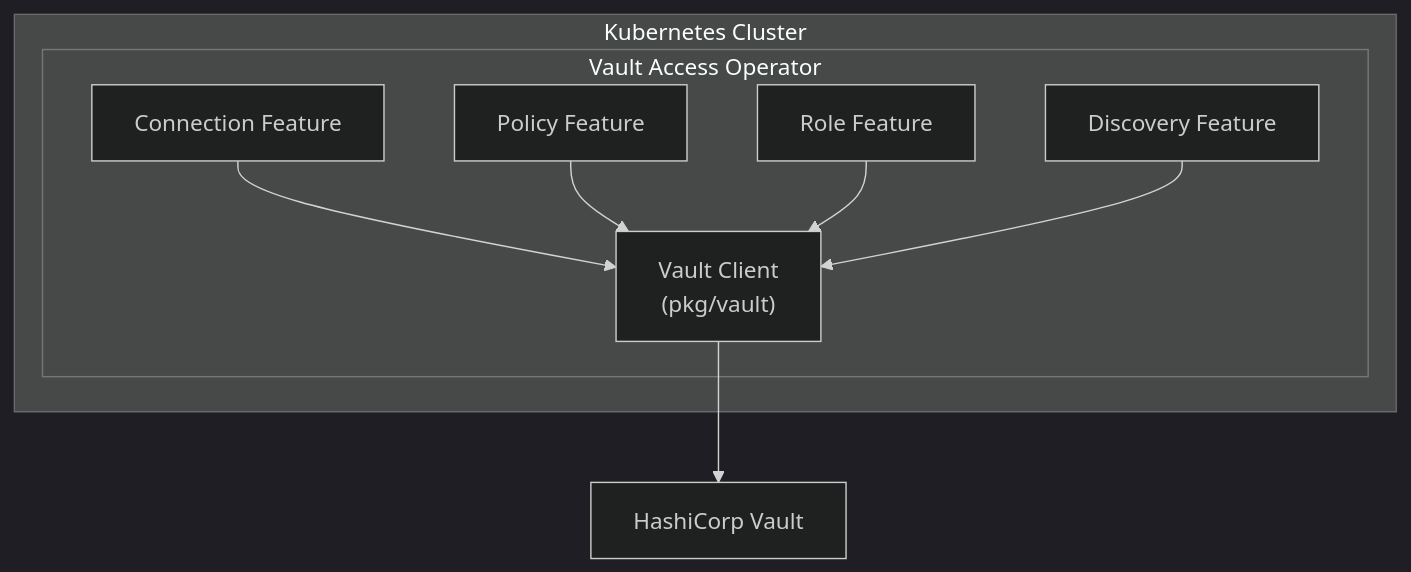
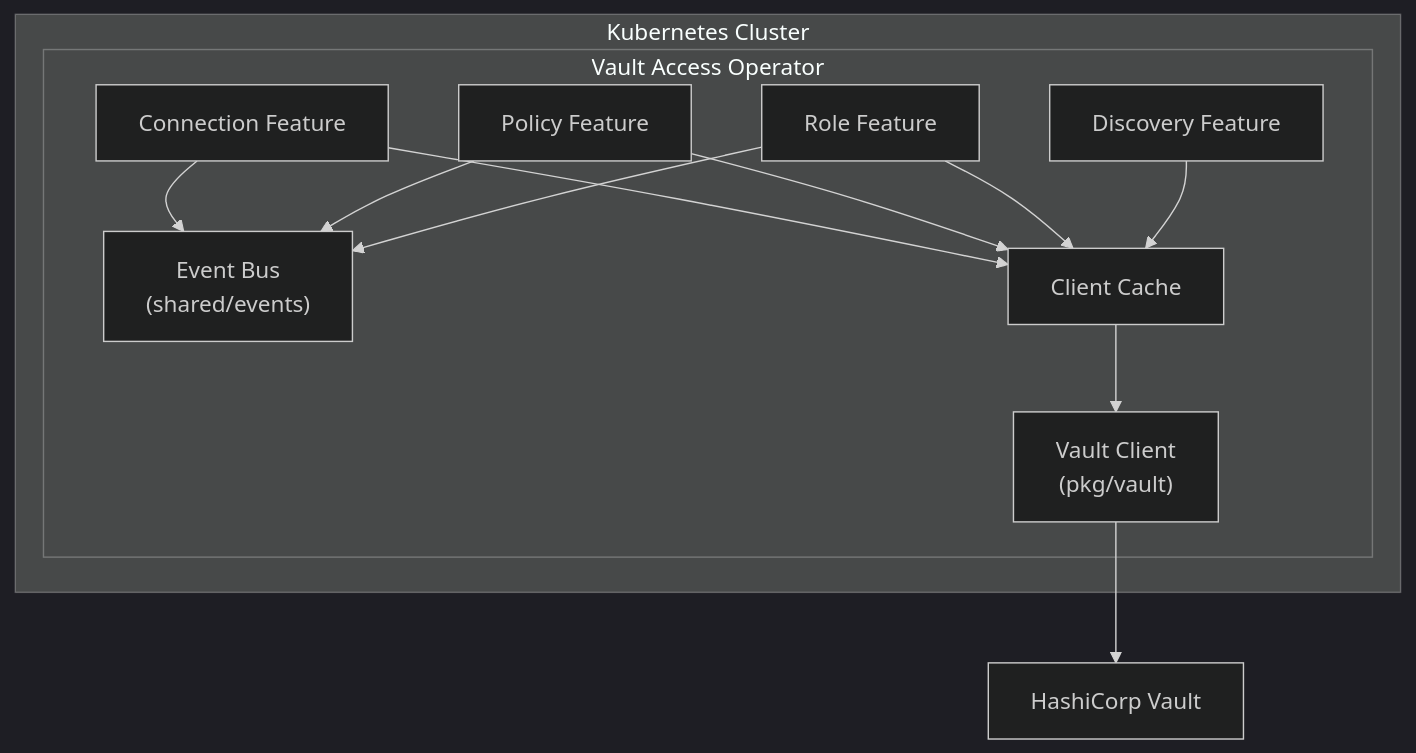
One commit to panteparak/vault-access-operator changed the first of 6 diagrams in docs/concepts/architecture.md. Above: the diagram before and after it, drawn with Mermaid (dark theme). The commit also changed other lines of this file and 14 other files, not shown here.

````diff
--- a/docs/concepts/architecture.md
+++ b/docs/concepts/architecture.md
@@ -7,19 +7,25 @@
 ```mermaid
 graph TD
     subgraph K8s["Kubernetes Cluster"]
         subgraph Operator["Vault Access Operator"]
             CF["Connection Feature"]
             PF["Policy Feature"]
             RF["Role Feature"]
             DF["Discovery Feature"]
+            EB["Event Bus<br/>(shared/events)"]
+            CC["Client Cache"]
             VC["Vault Client<br/>(pkg/vault)"]
         end
     end
     V["HashiCorp Vault"]
 
-    CF --> VC
-    PF --> VC
-    RF --> VC
-    DF --> VC
+    CF --> EB
+    PF --> EB
+    RF --> EB
+    CF --> CC
+    PF --> CC
+    RF --> CC
+    DF --> CC
+    CC --> VC
     VC --> V
 ```
````
